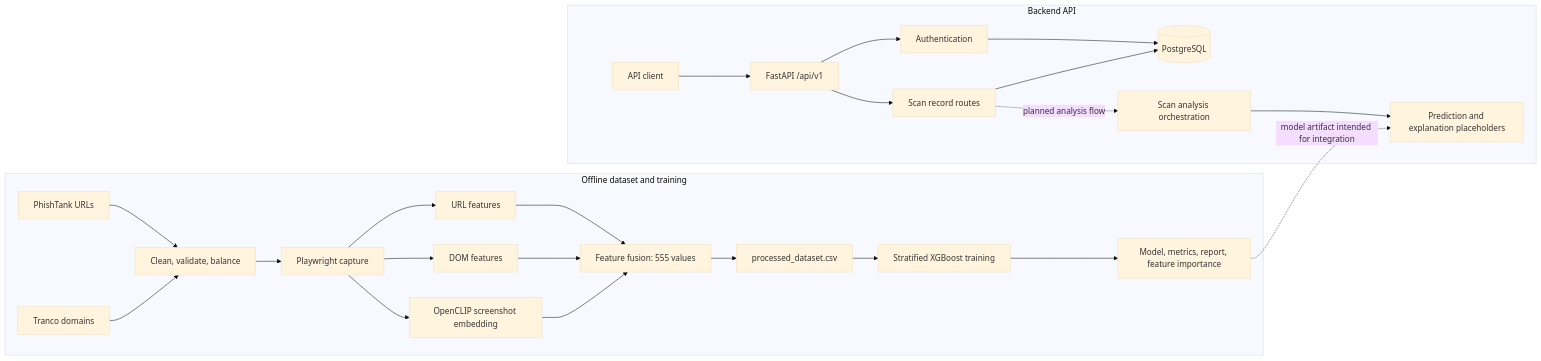
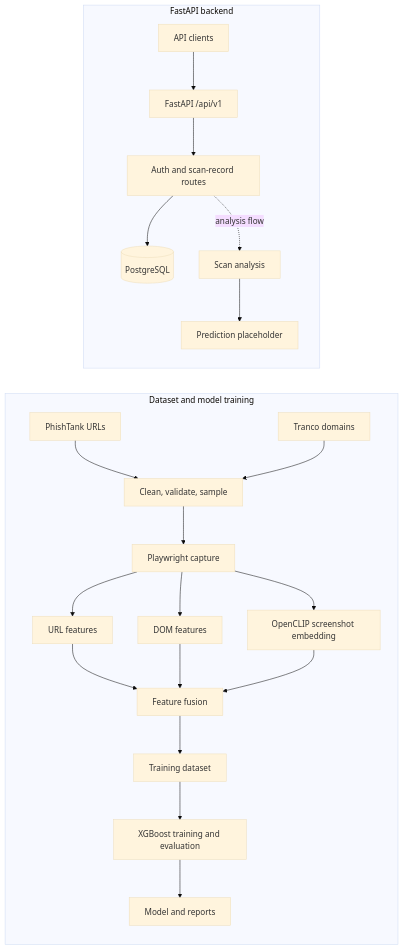
One commit to Anonymous12P/PhishSense changed the diagram in README.md. Above: the diagram before and after it, drawn with Mermaid (base theme). The commit also changed other lines of this file, not shown here.

````diff
--- a/README.md
+++ b/README.md
@@ -77,45 +20,37 @@
 ```mermaid
 flowchart LR
-    subgraph Offline["Offline dataset and training"]
-        P[PhishTank URLs]
-        T[Tranco domains]
-        CL[Clean, validate, balance]
-        CAP[Playwright capture]
-        URL[URL features]
-        DOM[DOM features]
-        VIS[OpenCLIP screenshot embedding]
-        FUSE[Feature fusion: 555 values]
-        CSV[processed_dataset.csv]
-        TRAIN[Stratified XGBoost training]
-        ART[Model, metrics, report, feature importance]
-        P --> CL
-        T --> CL
-        CL --> CAP
-        CAP --> URL
-        CAP --> DOM
-        CAP --> VIS
-        URL --> FUSE
-        DOM --> FUSE
-        VIS --> FUSE
-        FUSE --> CSV --> TRAIN --> ART
+    subgraph Data["Dataset and model training"]
+        A[PhishTank URLs]
+        B[Tranco domains]
+        C[Clean, validate, sample]
+        D[Playwright capture]
+        E[URL features]
+        F[DOM features]
+        G[OpenCLIP screenshot embedding]
+        H[Feature fusion]
+        I[Training dataset]
+        J[XGBoost training and evaluation]
+        K[Model and reports]
+        A --> C
+        B --> C
+        C --> D
+        D --> E
+        D --> F
+        D --> G
+        E --> H
+        F --> H
+        G --> H
+        H --> I --> J --> K
     end
 
-    subgraph Online["Backend API"]
-        CLIENT[API client]
-        API[FastAPI /api/v1]
-        AUTH[Authentication]
-        DB[(PostgreSQL)]
-        SCANS[Scan record routes]
-        PIPE[Scan analysis orchestration]
-        PLACEHOLDER[Prediction and explanation placeholders]
-        CLIENT --> API
-        API --> AUTH
-        API --> SCANS
-        AUTH --> DB
-        SCANS --> DB
-        SCANS -. planned analysis flow .-> PIPE
-        PIPE --> PLACEHOLDER
+    subgraph API["FastAPI backend"]
+        L[API clients]
+        M[FastAPI /api/v1]
+        N[Auth and scan-record routes]
+        O[(PostgreSQL)]
+        P[Scan analysis]
+        Q[Prediction placeholder]
+        L --> M --> N --> O
+        N -. analysis flow .-> P --> Q
     end
-
-    ART -. model artifact intended for integration .-> PLACEHOLDER
 ```
````
